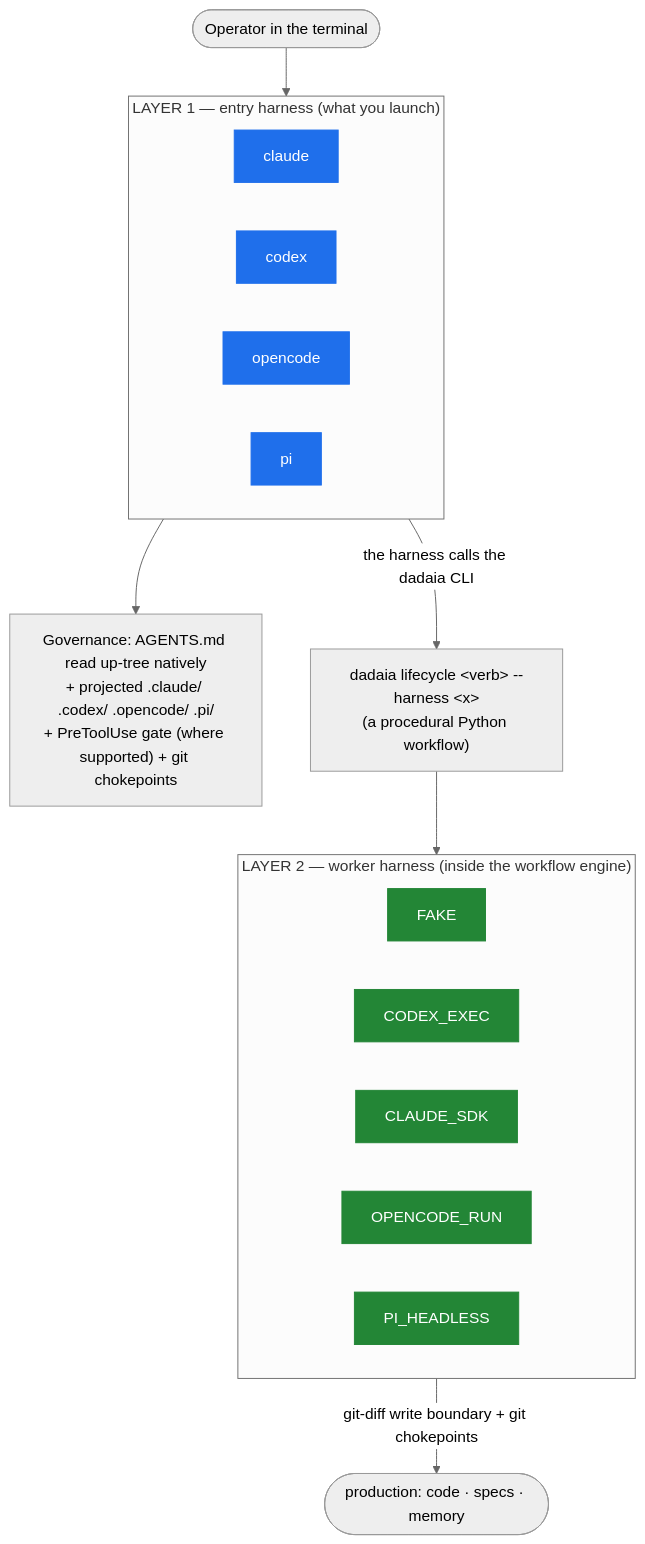
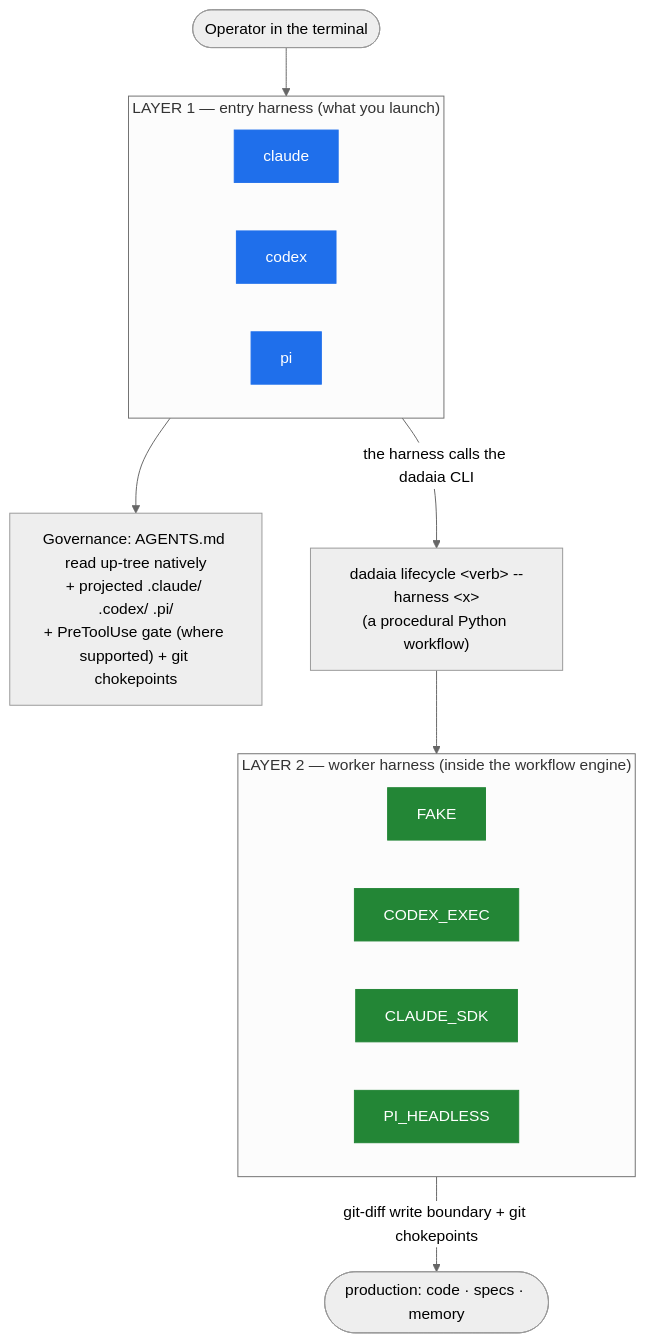
Before and after one commit to marcoaureliomenezes/dadaia-workspace: the first of 2 diagrams in README.md, drawn with Mermaid (neutral theme). The commit also changed other lines of this file and 101 other files, not shown here.

````diff
--- a/README.md
+++ b/README.md
@@ -49,26 +49,24 @@
 ```mermaid
 flowchart TB
     OP(["Operator in the terminal"])
     subgraph L1["LAYER 1 — entry harness (what you launch)"]
         direction LR
         CC["claude"]:::h
         CX["codex"]:::h
-        OC["opencode"]:::h
         PI["pi"]:::h
     end
-    GOV["Governance: AGENTS.md read up-tree natively<br/>+ projected .claude/ .codex/ .opencode/ .pi/<br/>+ PreToolUse gate (where supported) + git chokepoints"]
+    GOV["Governance: AGENTS.md read up-tree natively<br/>+ projected .claude/ .codex/ .pi/<br/>+ PreToolUse gate (where supported) + git chokepoints"]
     CLI["dadaia lifecycle &lt;verb&gt; --harness &lt;x&gt;<br/>(a procedural Python workflow)"]
     subgraph L2["LAYER 2 — worker harness (inside the workflow engine)"]
         direction LR
         FK["FAKE"]:::w
         CXk["CODEX_EXEC"]:::w
         CLk["CLAUDE_SDK"]:::w
-        OCk["OPENCODE_RUN"]:::w
         PIk["PI_HEADLESS"]:::w
     end
     OP --> L1 --> GOV
     L1 -->|"the harness calls the dadaia CLI"| CLI --> L2
     L2 -->|"git-diff write boundary + git chokepoints"| OUT(["production: code · specs · memory"])
     classDef h fill:#1f6feb,color:#fff,stroke:#1f6feb;
     classDef w fill:#238636,color:#fff,stroke:#238636;
 ```
````
